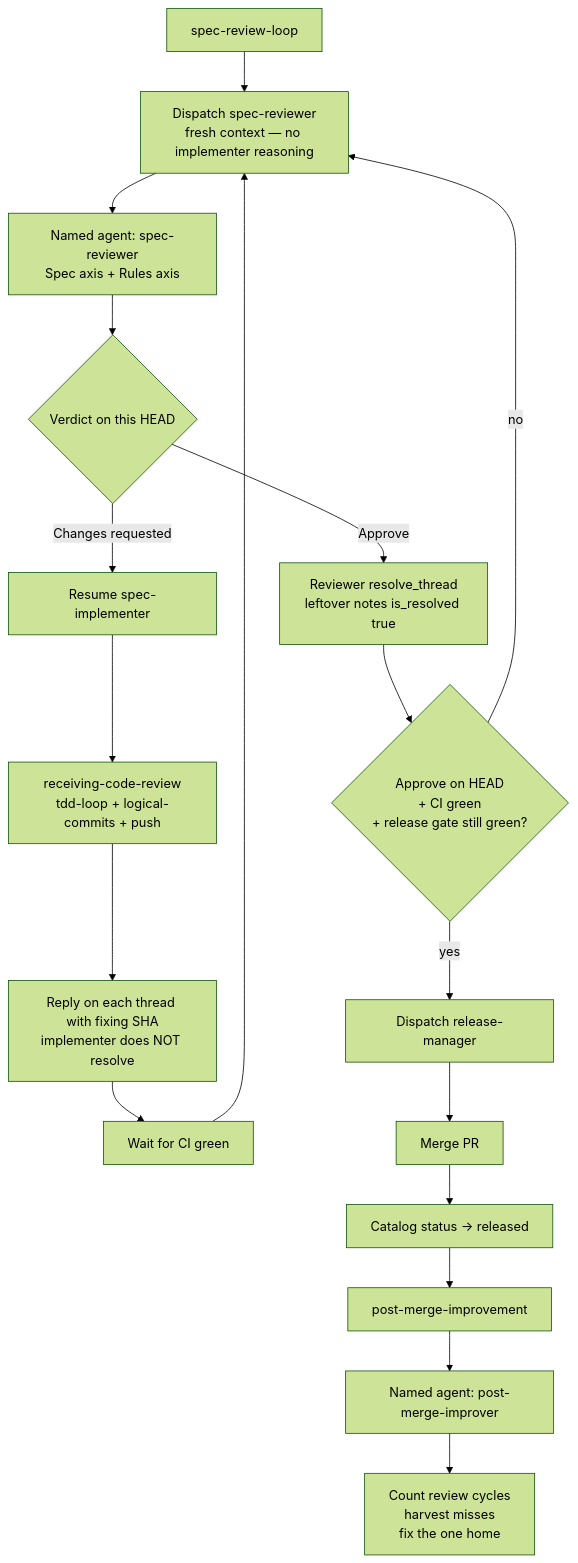
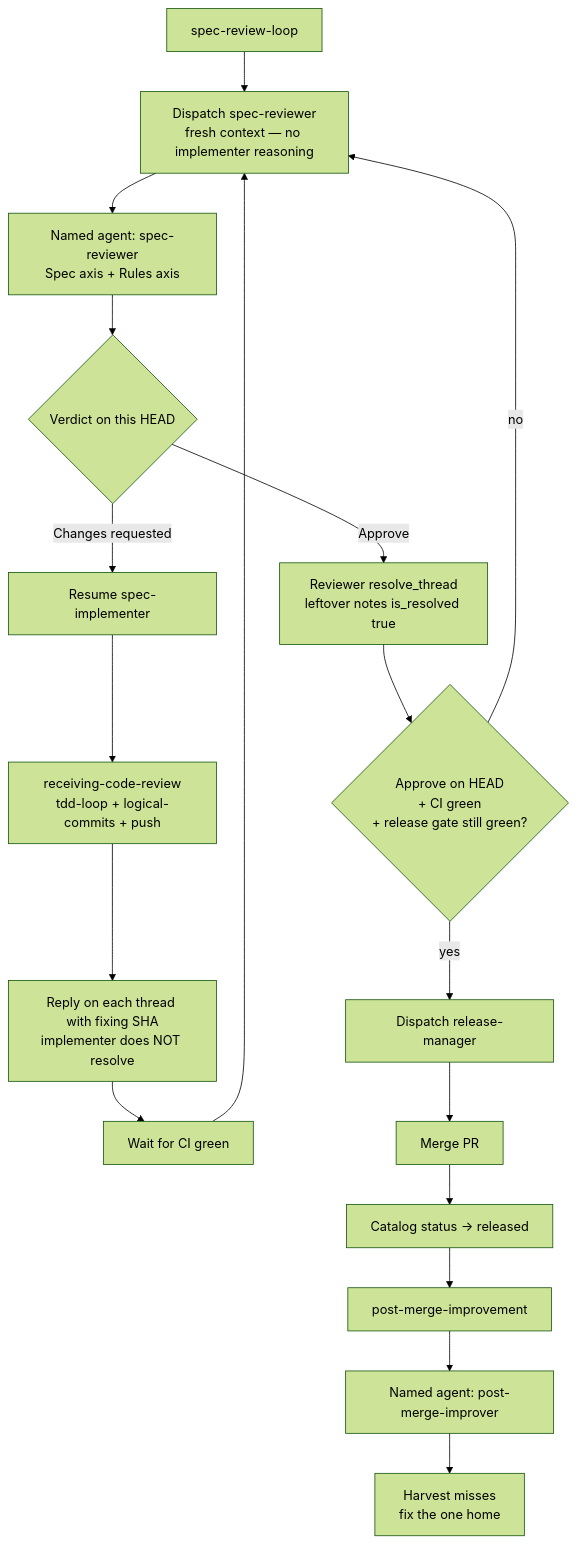
The second of 4 diagrams in README.md (lonnylot/spec-loop), drawn with Mermaid (forest theme) before and after one commit. The commit also changed 2 other files, not shown here.

Commit message:
docs: review-cycle count is written only by release-manager
post-merge-improver and its skill may check ## Review cycles already
exists; they do not write or correct the count.

````diff
--- a/README.md
+++ b/README.md
@@ -90,22 +90,22 @@
 ```mermaid
 flowchart TD
   REVIEW["spec-review-loop"] --> DISPATCH["Dispatch spec-reviewer<br/>fresh context — no implementer reasoning"]
   DISPATCH --> REVIEWER["Named agent: spec-reviewer<br/>Spec axis + Rules axis"]
   REVIEWER --> VERDICT{"Verdict on this HEAD"}
 
   VERDICT -->|Changes requested| RESUME["Resume spec-implementer"]
   RESUME --> FIX["receiving-code-review<br/>tdd-loop + logical-commits + push"]
   FIX --> REPLY["Reply on each thread with fixing SHA<br/>implementer does NOT resolve"]
   REPLY --> CIWAIT["Wait for CI green"]
   CIWAIT --> DISPATCH
 
   VERDICT -->|Approve| RESOLVE["Reviewer resolve_thread<br/>leftover notes is_resolved true"]
   RESOLVE --> THREE{"Approve on HEAD<br/>+ CI green<br/>+ release gate still green?"}
   THREE -->|no| DISPATCH
   THREE -->|yes| RM["Dispatch release-manager"]
   RM --> MERGE["Merge PR"]
   MERGE --> RELEASED["Catalog status → released"]
   RELEASED --> PMI["post-merge-improvement"]
   PMI --> IMPROVER["Named agent: post-merge-improver"]
-  IMPROVER --> LEARN["Count review cycles<br/>harvest misses<br/>fix the one home"]
+  IMPROVER --> LEARN["Harvest misses<br/>fix the one home"]
 ```
````
